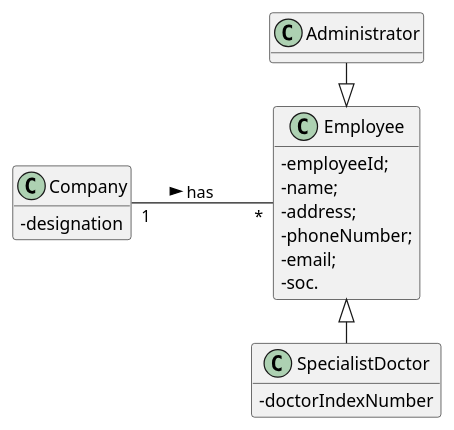
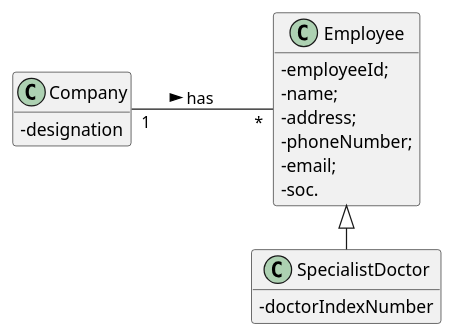
The diagram in docs/SprintB/US7/UC7_MD.puml (GuilhermeCunha79/lapr2), drawn with PlantUML before and after one commit. The commit also changed 6 other files, not shown here.

```diff
--- a/docs/SprintB/US7/UC7_MD.puml
+++ b/docs/SprintB/US7/UC7_MD.puml
@@ -1,30 +1,29 @@
 @startuml
 hide methods
 left to right direction
 skinparam classAttributeIconSize 0
 
 
 class Company {
   -designation
 }
 
 class Employee {
 	-employeeId;
 	-name;
 	-address;
 	-phoneNumber;
 	-email;
 	-soc.
 }
 
 class SpecialistDoctor{
     -doctorIndexNumber
 }
 
 Company "1" -- "*" Employee : has >
 SpecialistDoctor -left-|> Employee
-Administrator -right-|> Employee
 
 
 
 @enduml
```
